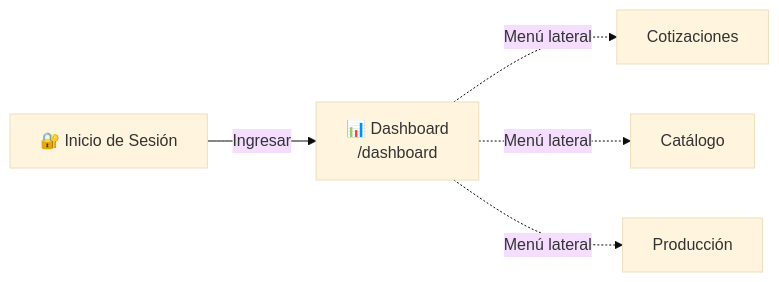
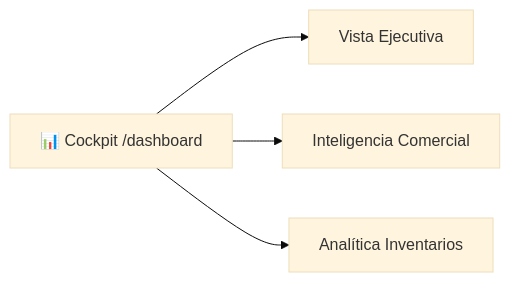
Before and after one commit to redentor159/sistema-erp-inventario: the diagram in public/docs/tutoriales/T01_TUTORIAL_DASHBOARD.md, drawn with Mermaid (base theme). The commit also changed other lines of this file and 1 other file, not shown here.

Commit message:
docs: Actualizar tutorial del Dashboard para describir el panel Cockpit MTO

````diff
--- a/public/docs/tutoriales/T01_TUTORIAL_DASHBOARD.md
+++ b/public/docs/tutoriales/T01_TUTORIAL_DASHBOARD.md
@@ -20,7 +20,6 @@
 ```mermaid
 graph LR
-    LOGIN["🔐 Inicio de Sesión"] -->|Ingresar| DASH["📊 Dashboard<br/>/dashboard"]
-    DASH -.->|Menú lateral| COT["Cotizaciones"]
-    DASH -.->|Menú lateral| CAT["Catálogo"]
-    DASH -.->|Menú lateral| PROD["Producción"]
+    DASH["📊 Cockpit /dashboard"] --> EJEC["Vista Ejecutiva"]
+    DASH --> COM["Inteligencia Comercial"]
+    DASH --> ANA["Analítica Inventarios"]
 ```
````
